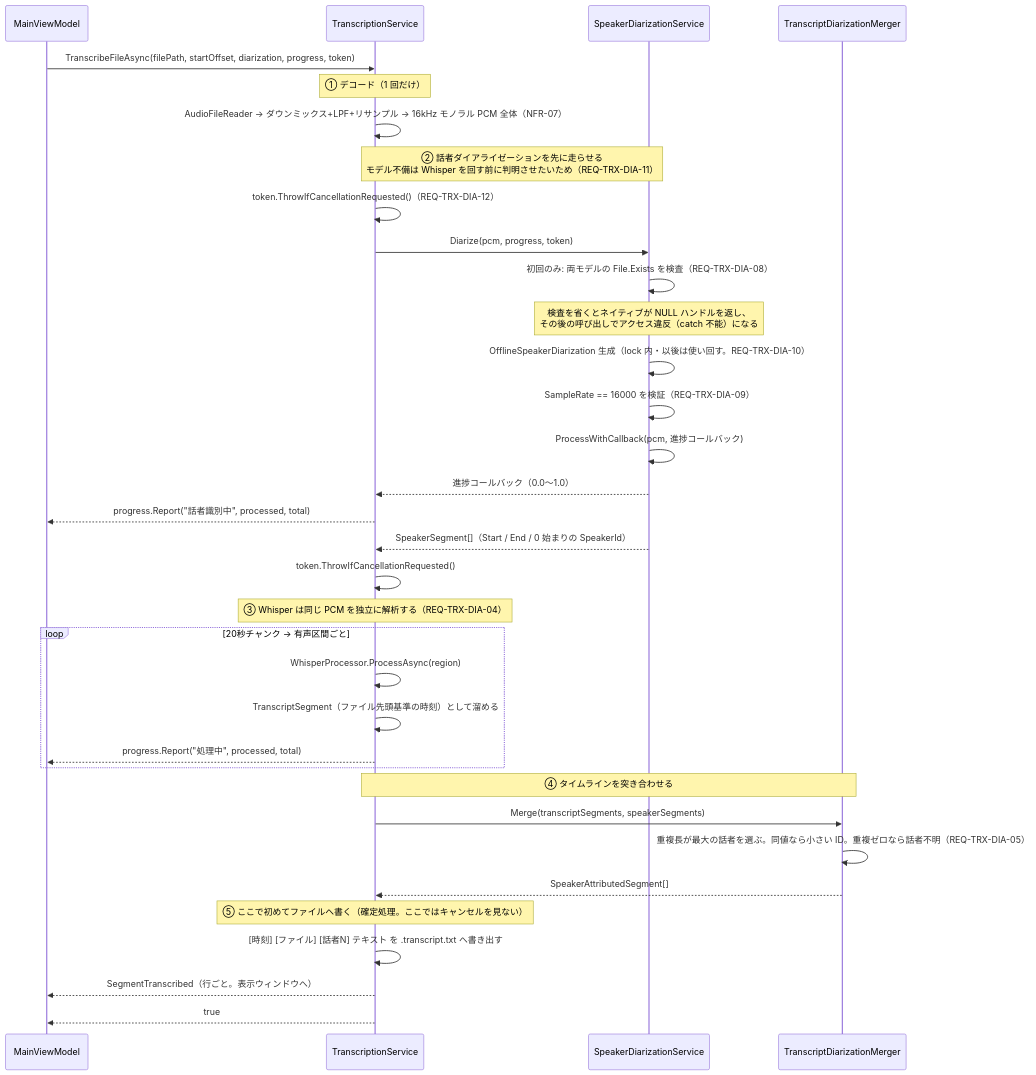
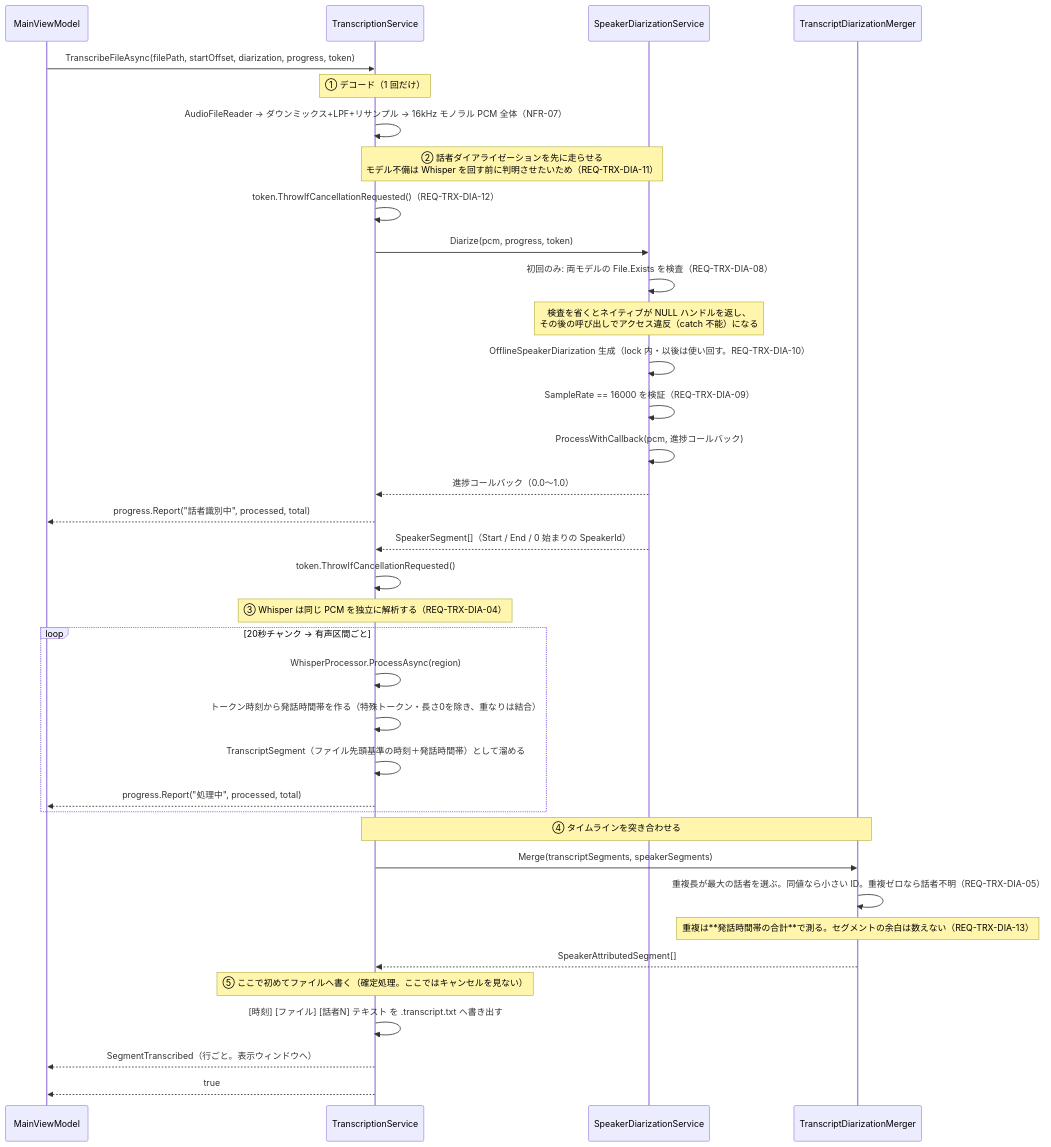
The seventh of 8 diagrams in docs/spec/04_sequence_diagram.md (otomac/audio-capture-app), drawn with Mermaid before and after one commit. The commit also changed 9 other files, not shown here.

````diff
--- a/docs/spec/04_sequence_diagram.md
+++ b/docs/spec/04_sequence_diagram.md
@@ -257,42 +257,44 @@
 ```mermaid
 sequenceDiagram
     participant VM as MainViewModel
     participant TS as TranscriptionService
     participant SD as SpeakerDiarizationService
     participant M as TranscriptDiarizationMerger
 
     VM->>TS: TranscribeFileAsync(filePath, startOffset, diarization, progress, token)
 
     Note over TS: ① デコード（1 回だけ）
     TS->>TS: AudioFileReader → ダウンミックス+LPF+リサンプル → 16kHz モノラル PCM 全体（NFR-07）
 
     Note over TS,SD: ② 話者ダイアライゼーションを先に走らせる<br/>モデル不備は Whisper を回す前に判明させたいため（REQ-TRX-DIA-11）
     TS->>TS: token.ThrowIfCancellationRequested()（REQ-TRX-DIA-12）
     TS->>SD: Diarize(pcm, progress, token)
     SD->>SD: 初回のみ: 両モデルの File.Exists を検査（REQ-TRX-DIA-08）
     Note over SD: 検査を省くとネイティブが NULL ハンドルを返し、<br/>その後の呼び出しでアクセス違反（catch 不能）になる
     SD->>SD: OfflineSpeakerDiarization 生成（lock 内・以後は使い回す。REQ-TRX-DIA-10）
     SD->>SD: SampleRate == 16000 を検証（REQ-TRX-DIA-09）
     SD->>SD: ProcessWithCallback(pcm, 進捗コールバック)
     SD-->>TS: 進捗コールバック（0.0〜1.0）
     TS-->>VM: progress.Report("話者識別中", processed, total)
     SD-->>TS: SpeakerSegment[]（Start / End / 0 始まりの SpeakerId）
     TS->>TS: token.ThrowIfCancellationRequested()
 
     Note over TS: ③ Whisper は同じ PCM を独立に解析する（REQ-TRX-DIA-04）
     loop 20秒チャンク → 有声区間ごと
         TS->>TS: WhisperProcessor.ProcessAsync(region)
-        TS->>TS: TranscriptSegment（ファイル先頭基準の時刻）として溜める
+        TS->>TS: トークン時刻から発話時間帯を作る（特殊トークン・長さ0を除き、重なりは結合）
+        TS->>TS: TranscriptSegment（ファイル先頭基準の時刻＋発話時間帯）として溜める
         TS-->>VM: progress.Report("処理中", processed, total)
     end
 
     Note over TS,M: ④ タイムラインを突き合わせる
     TS->>M: Merge(transcriptSegments, speakerSegments)
     M->>M: 重複長が最大の話者を選ぶ。同値なら小さい ID。重複ゼロなら話者不明（REQ-TRX-DIA-05）
+    Note over M: 重複は**発話時間帯の合計**で測る。セグメントの余白は数えない（REQ-TRX-DIA-13）
     M-->>TS: SpeakerAttributedSegment[]
 
     Note over TS: ⑤ ここで初めてファイルへ書く（確定処理。ここではキャンセルを見ない）
     TS->>TS: [時刻] [ファイル] [話者N] テキスト を .transcript.txt へ書き出す
     TS-->>VM: SegmentTranscribed（行ごと。表示ウィンドウへ）
     TS-->>VM: true
 ```
````
